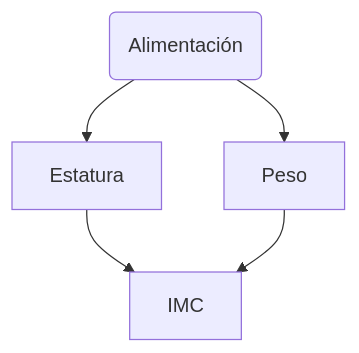
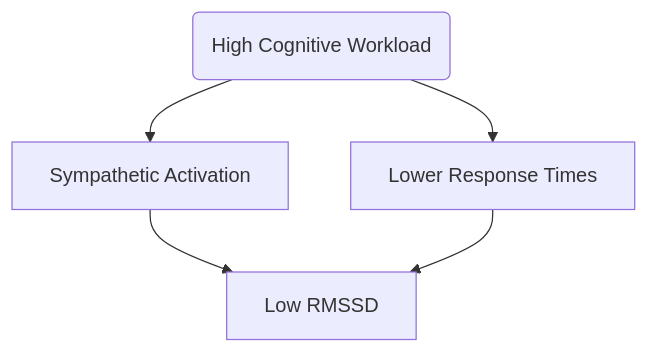
One commit to abcsds/HeartRateLab.jl changed the second of 2 diagrams in docs/slides/HeartRateLab.qmd. Above: the diagram before and after it, drawn with Mermaid. The commit also changed other lines of this file and 10 other files, not shown here.

````diff
--- a/docs/slides/HeartRateLab.qmd
+++ b/docs/slides/HeartRateLab.qmd
@@ -735,8 +1121,8 @@
 ```{mermaid}
 %%| fig-width: 30
 graph TD
-    A(Alimentación) --> B[Estatura]
-    A --> C[Peso]
-    B --> D[IMC]
+    A(High Cognitive Workload) --> B[Sympathetic Activation]
+    A --> C[Lower Response Times]
+    B --> D[Low RMSSD]
     C --> D
 ```
````
